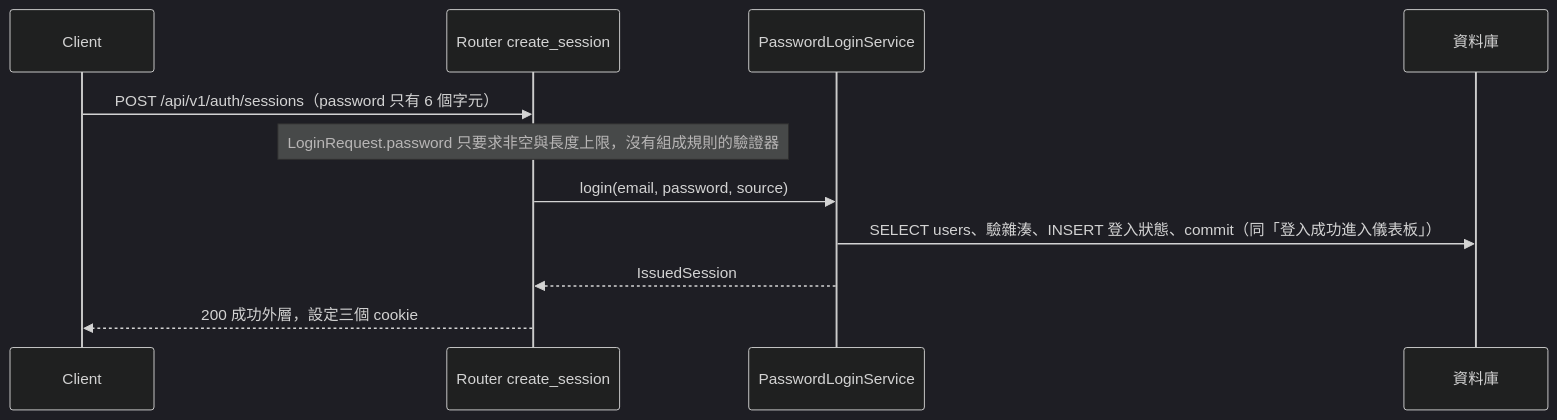
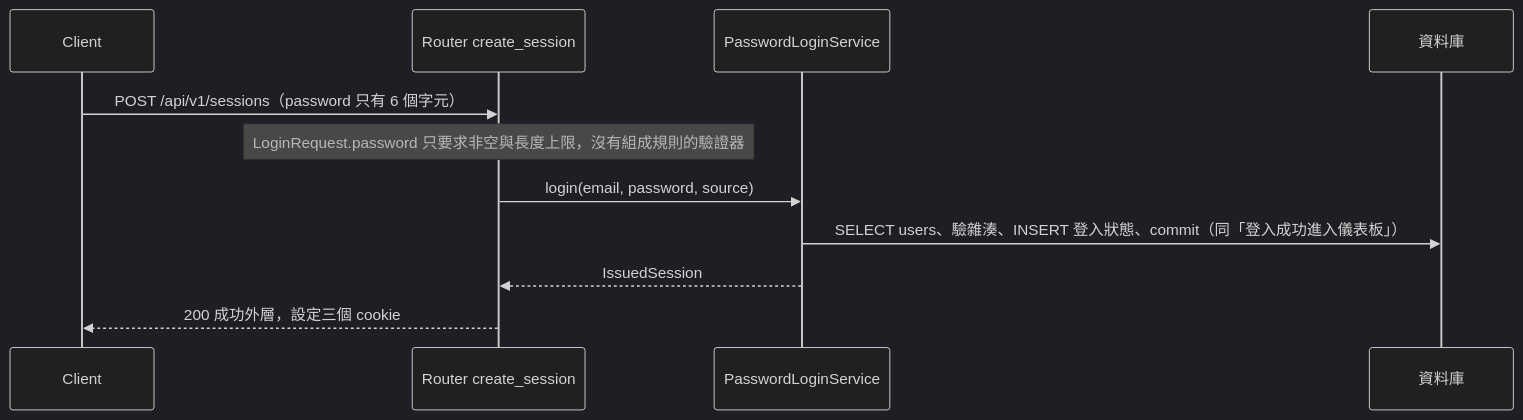
The seventh of 30 diagrams in openspec/changes/login-auth-guard/system-design.md (label-suite/label-suite), drawn with Mermaid (dark theme) before and after one commit. The commit also changed other lines of this file and 4 other files, not shown here.

First line of the commit message:
docs: write the api contract for login and auth guard (#719)

````diff
--- a/openspec/changes/login-auth-guard/system-design.md
+++ b/openspec/changes/login-auth-guard/system-design.md
@@ -447,13 +447,13 @@
 ```mermaid
 sequenceDiagram
   participant C as Client
   participant R as Router create_session
   participant L as PasswordLoginService
   participant DB as 資料庫
-  C->>R: POST /api/v1/auth/sessions（password 只有 6 個字元）
+  C->>R: POST /api/v1/sessions（password 只有 6 個字元）
   Note over R: LoginRequest.password 只要求非空與長度上限，沒有組成規則的驗證器
   R->>L: login(email, password, source)
   L->>DB: SELECT users、驗雜湊、INSERT 登入狀態、commit（同「登入成功進入儀表板」）
   L-->>R: IssuedSession
   R-->>C: 200 成功外層，設定三個 cookie
 ```
````
